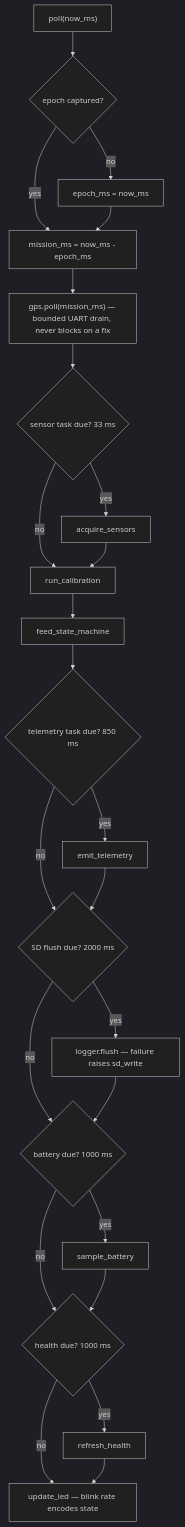
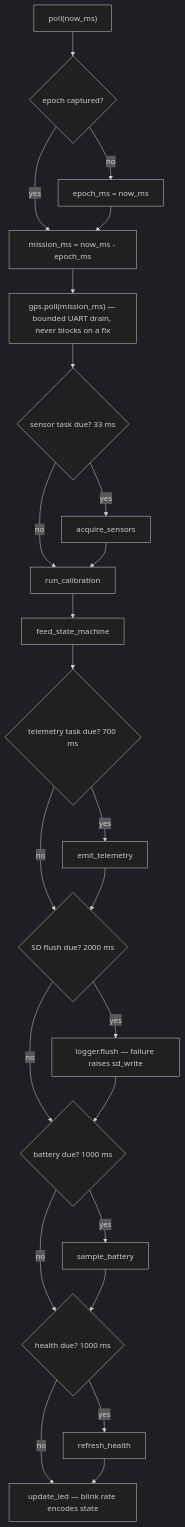
The third of 9 diagrams in documentation/design/software-architecture.md (KunjSorathiya/CanSat-2026), drawn with Mermaid (dark theme) before and after one commit. The commit also changed other lines of this file and 14 other files, not shown here.

````diff
--- a/documentation/design/software-architecture.md
+++ b/documentation/design/software-architecture.md
@@ -182,26 +182,26 @@
 ```mermaid
 flowchart TD
     A["poll(now_ms)"] --> B{"epoch captured?"}
     B -- no --> C["epoch_ms = now_ms"]
     B -- yes --> D["mission_ms = now_ms - epoch_ms"]
     C --> D
     D --> E["gps.poll(mission_ms) — bounded UART drain, never blocks on a fix"]
     E --> F{"sensor task due? 33 ms"}
     F -- yes --> G["acquire_sensors"]
     F -- no --> H["run_calibration"]
     G --> H
     H --> I["feed_state_machine"]
-    I --> J{"telemetry task due? 850 ms"}
+    I --> J{"telemetry task due? 700 ms"}
     J -- yes --> K["emit_telemetry"]
     J -- no --> L{"SD flush due? 2000 ms"}
     K --> L
     L -- yes --> M["logger.flush — failure raises sd_write"]
     L -- no --> N{"battery due? 1000 ms"}
     M --> N
     N -- yes --> O["sample_battery"]
     N -- no --> P{"health due? 1000 ms"}
     O --> P
     P -- yes --> Q["refresh_health"]
     P -- no --> R["update_led — blink rate encodes state"]
     Q --> R
 ```
````
